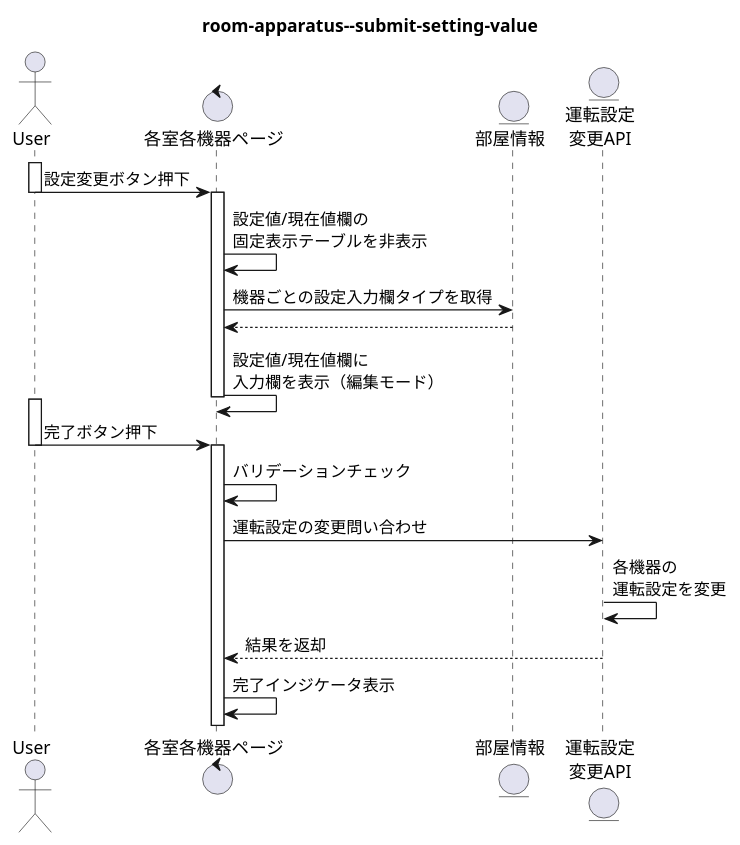
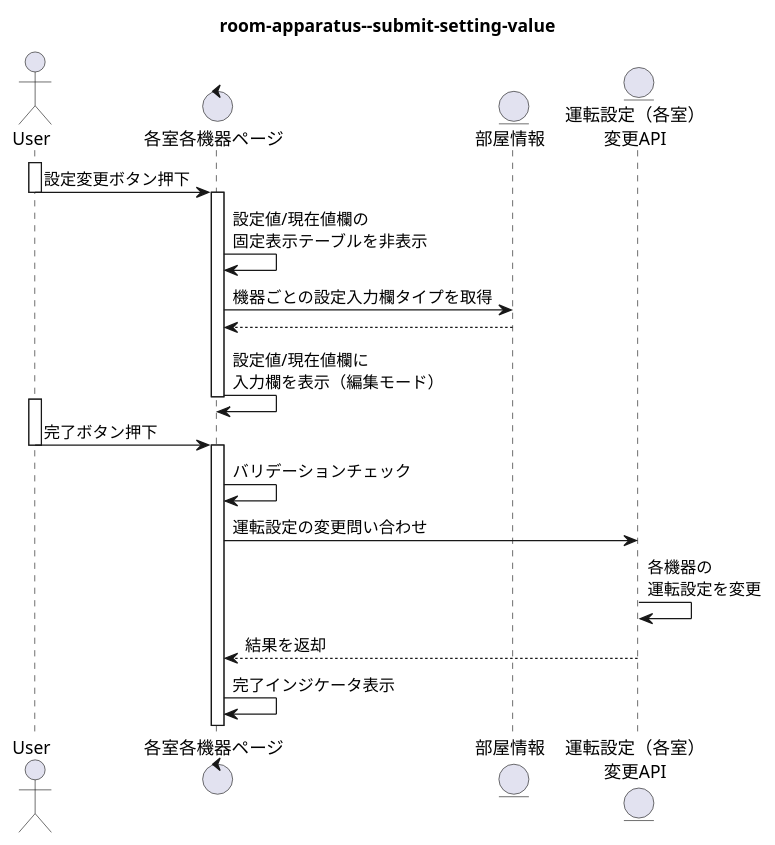
Before and after one commit to dede-20191130/room-apparatus-control-console: the diagram in docs/logic/sequence/room-apparatus--submit-setting-value.pu, drawn with PlantUML. The commit also changed 10 other files, not shown here.

```diff
--- a/docs/logic/sequence/room-apparatus--submit-setting-value.pu
+++ b/docs/logic/sequence/room-apparatus--submit-setting-value.pu
@@ -1,27 +1,27 @@
 @startuml room-apparatus--submit-setting-value
 title room-apparatus--submit-setting-value
 actor User
 control 各室各機器ページ as ra
 entity "部屋情報" as rinfo
-entity "運転設定\n変更API" as cond
+entity "運転設定（各室）\n変更API" as cond
 
 activate User
 User -> ra:設定変更ボタン押下
 deactivate User
 activate ra
 ra -> ra:設定値/現在値欄の\n固定表示テーブルを非表示
 ra -> rinfo:機器ごとの設定入力欄タイプを取得
 rinfo --> ra
 ra -> ra:設定値/現在値欄に\n入力欄を表示（編集モード）
 deactivate ra
 activate User
 User -> ra:完了ボタン押下
 deactivate User
 activate ra
 ra -> ra:バリデーションチェック
 ra -> cond:運転設定の変更問い合わせ
 cond -> cond:各機器の\n運転設定を変更
 cond --> ra:結果を返却
 ra -> ra:完了インジケータ表示
 
 @enduml
```
